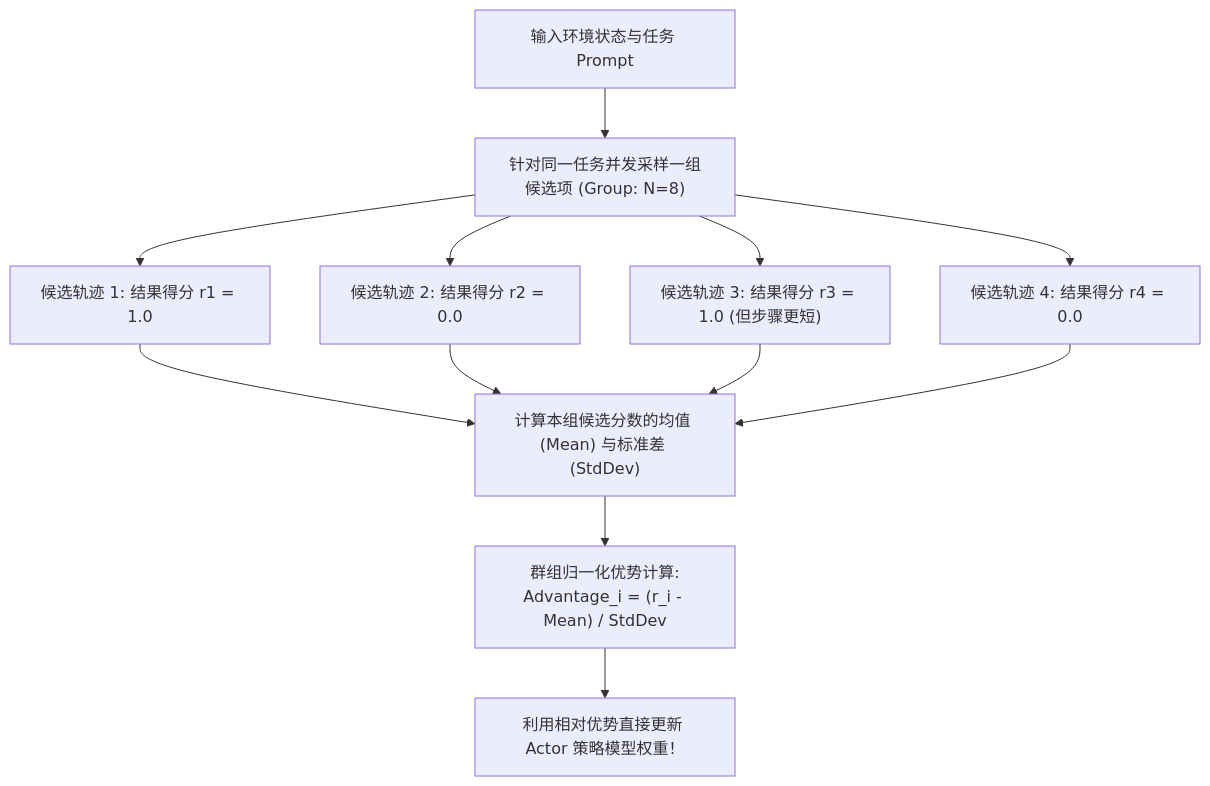
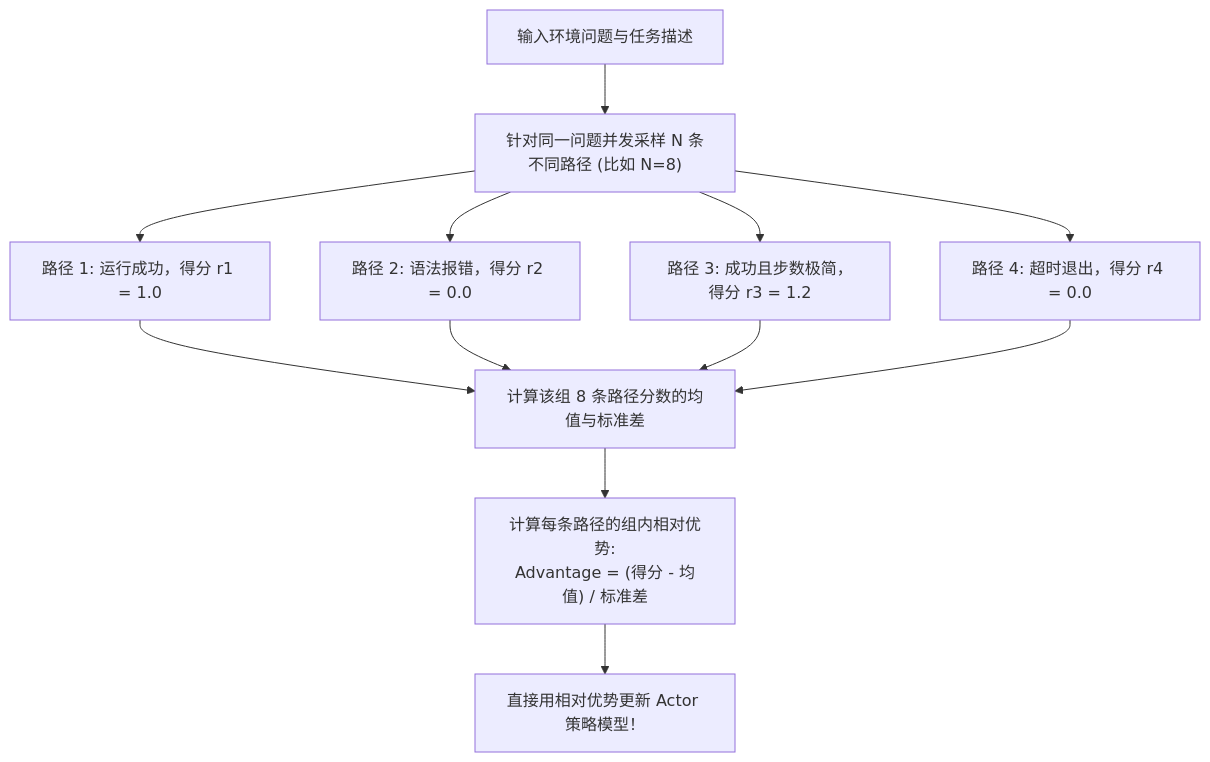
The second of 4 diagrams in app/ch08-post-training/03-rlef-and-test-time-compute/page.mdx (ljh12138164/ai-agent-study), drawn with Mermaid before and after one commit. The commit also changed other lines of this file and 43 other files, not shown here.

````diff
--- a/app/ch08-post-training/03-rlef-and-test-time-compute/page.mdx
+++ b/app/ch08-post-training/03-rlef-and-test-time-compute/page.mdx
@@ -41,14 +43,14 @@
 ```mermaid
-graph TD
-    Prompt["输入环境状态与任务 Prompt"] --> Sample["针对同一任务并发采样一组候选项 (Group: N=8)"]
+flowchart TD
+    Prompt["输入环境问题与任务描述"] --> Sample["针对同一问题并发采样 N 条不同路径 (比如 N=8)"]
     
-    Sample --> O1["候选轨迹 1: 结果得分 r1 = 1.0"]
-    Sample --> O2["候选轨迹 2: 结果得分 r2 = 0.0"]
-    Sample --> O3["候选轨迹 3: 结果得分 r3 = 1.0 (但步骤更短)"]
-    Sample --> O4["候选轨迹 4: 结果得分 r4 = 0.0"]
+    Sample --> O1["路径 1: 运行成功，得分 r1 = 1.0"]
+    Sample --> O2["路径 2: 语法报错，得分 r2 = 0.0"]
+    Sample --> O3["路径 3: 成功且步数极简，得分 r3 = 1.2"]
+    Sample --> O4["路径 4: 超时退出，得分 r4 = 0.0"]
     
-    O1 & O2 & O3 & O4 --> GroupStats["计算本组候选分数的均值 (Mean) 与标准差 (StdDev)"]
-    GroupStats --> Advantage["群组归一化优势计算:<br/>Advantage_i = (r_i - Mean) / StdDev"]
+    O1 & O2 & O3 & O4 --> GroupStats["计算该组 8 条路径分数的均值与标准差"]
+    GroupStats --> Advantage["计算每条路径的组内相对优势:<br/>Advantage = (得分 - 均值) / 标准差"]
     
-    Advantage --> Update["利用相对优势直接更新 Actor 策略模型权重！"]
+    Advantage --> Update["直接用相对优势更新 Actor 策略模型！"]
 ```
````
